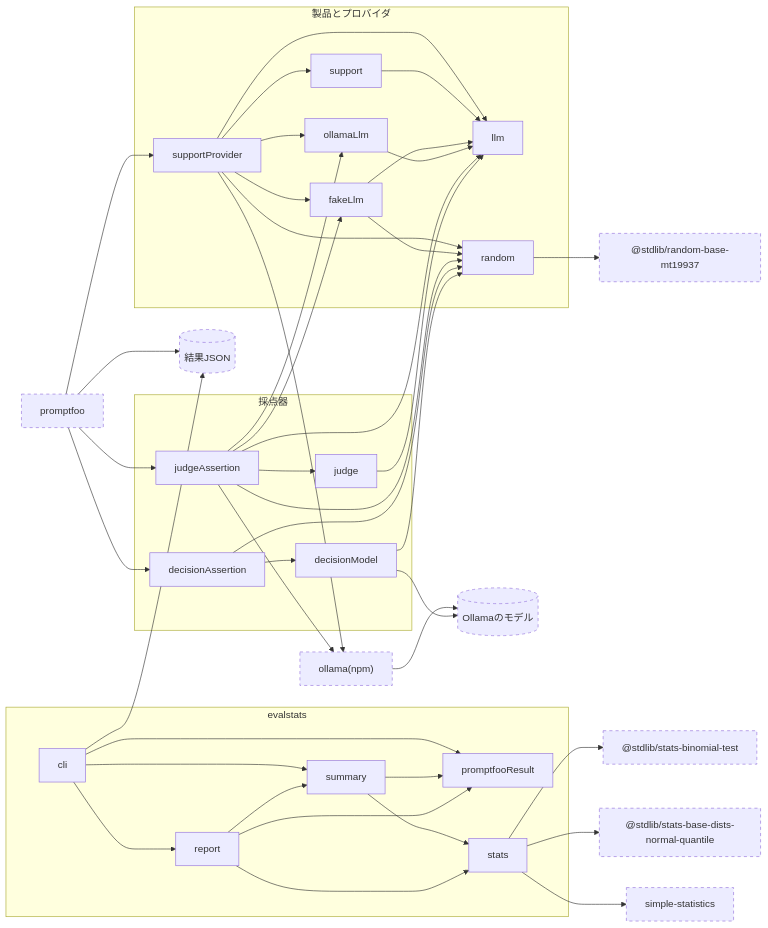
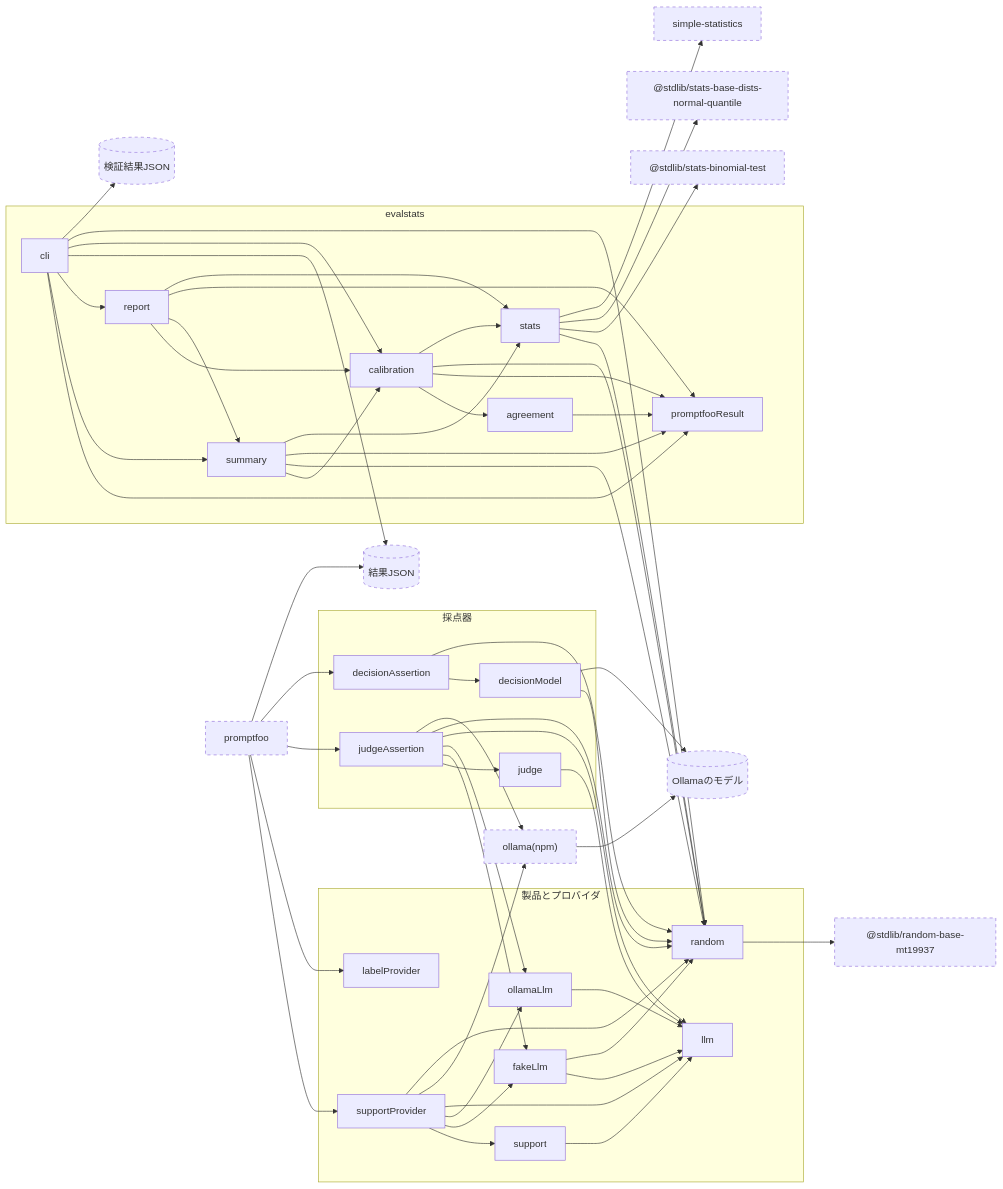
One commit to enunun/llm-evaluation-handson changed the diagram in iterations/iteration-4/solution/design/modules.md. Above: the diagram before and after it, drawn with Mermaid. The commit also changed other lines of this file and 14 other files, not shown here.

```diff
--- a/iterations/iteration-4/solution/design/modules.md
+++ b/iterations/iteration-4/solution/design/modules.md
@@ -9,6 +9,7 @@
   ollamaClient["ollama(npm)"]:::external
   ollamaServer[(Ollamaのモデル)]:::external
   resultFile[(結果JSON)]:::external
+  calibrationFile[(検証結果JSON)]:::external
   stdlibMt19937["@stdlib/random-base-mt19937"]:::external
   stdlibBinomial["@stdlib/stats-binomial-test"]:::external
   stdlibNormal["@stdlib/stats-base-dists-normal-quantile"]:::external
@@ -16,6 +17,7 @@
 
   subgraph product[製品とプロバイダ]
     supportProvider
+    labelProvider
     support
     llm
     fakeLlm
@@ -36,9 +38,12 @@
     summary
     stats
     report
+    agreement
+    calibration
   end
 
   promptfoo --> supportProvider
+  promptfoo --> labelProvider
   promptfoo --> judgeAssertion
   promptfoo --> decisionAssertion
   promptfoo --> resultFile
@@ -69,6 +74,18 @@
   cli --> summary
   cli --> report
   cli --> resultFile
+  cli --> calibration
+  cli --> random
+  cli --> calibrationFile
+  calibration --> agreement
+  calibration --> promptfooResult
+  calibration --> random
+  calibration --> stats
+  agreement --> promptfooResult
+  summary --> calibration
+  summary --> random
+  report --> calibration
+  stats --> random
   summary --> promptfooResult
   summary --> stats
   report --> summary
```
